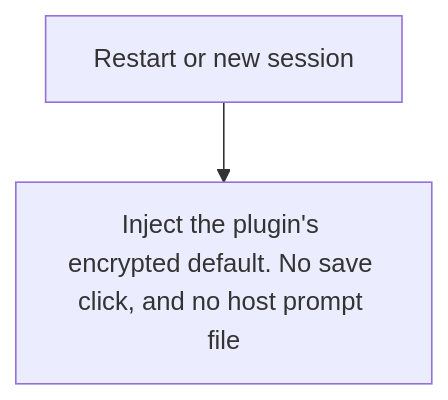
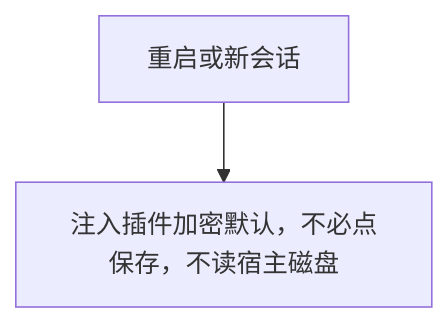
Before and after one commit to xunnychen/dsh-purge: the second of 4 diagrams in README.md, drawn with Mermaid. The commit also changed other lines of this file and 4 other files, not shown here.

````diff
--- a/README.md
+++ b/README.md
@@ -496,4 +523,4 @@
 ```mermaid
 flowchart TD
-  A["Restart or new session"] --> B["Inject the plugin's encrypted default. No save click, and no host prompt file"]
+  A["重启或新会话"] --> B["注入插件加密默认，不必点保存，不读宿主磁盘"]
 ```
````
